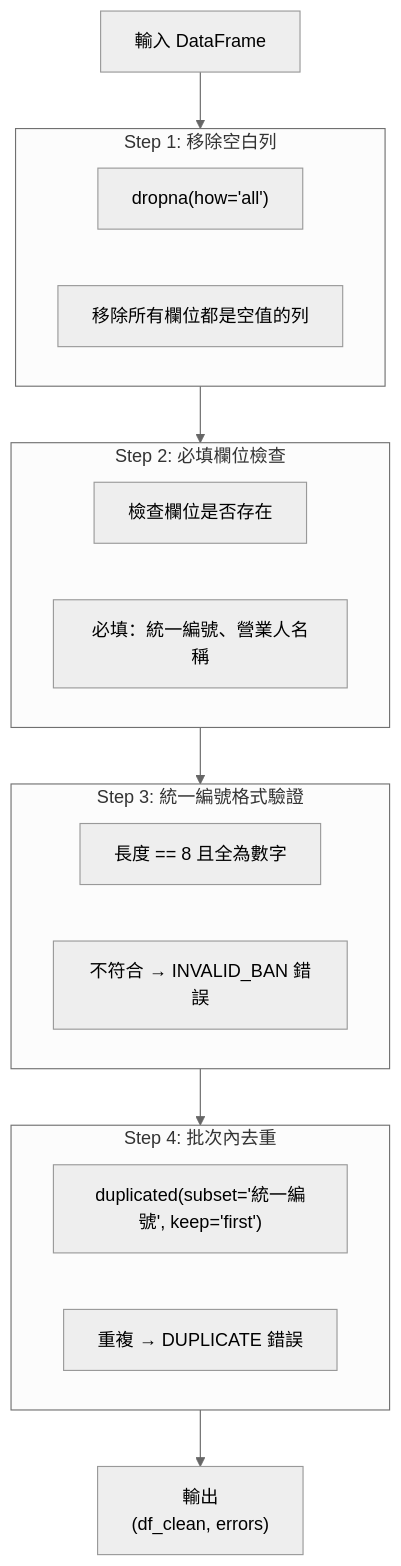
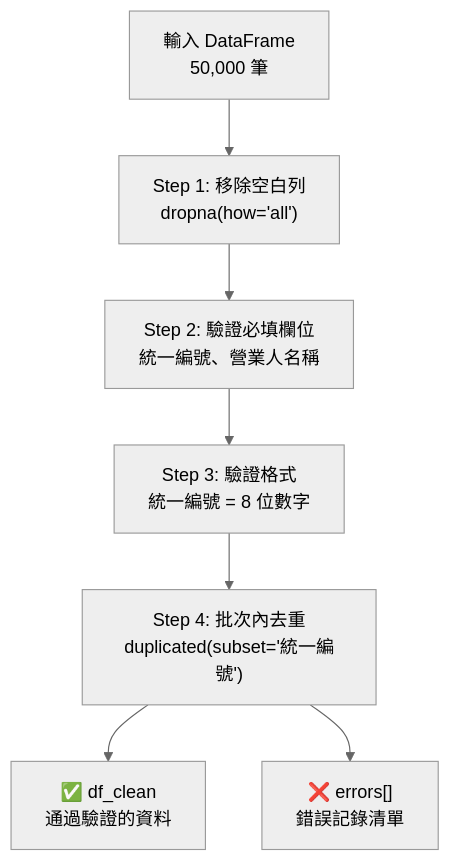
Before and after one commit to wrbyepct/assignment: the fifth of 12 diagrams in README.md, drawn with Mermaid (neutral theme). The commit also changed other lines of this file and 3 other files, not shown here.

````diff
--- a/README.md
+++ b/README.md
@@ -1594,34 +657,17 @@
 ```mermaid
 flowchart TB
-    INPUT[輸入 DataFrame] --> STEP1
+    INPUT["輸入 DataFrame<br/>50,000 筆"]
     
-    subgraph STEP1["Step 1: 移除空白列"]
-        S1["dropna(how='all')"]
-        S1_DESC["移除所有欄位都是空值的列"]
-    end
+    STEP1["Step 1: 移除空白列<br/>dropna(how='all')"]
+    STEP2["Step 2: 驗證必填欄位<br/>統一編號、營業人名稱"]
+    STEP3["Step 3: 驗證格式<br/>統一編號 = 8 位數字"]
+    STEP4["Step 4: 批次內去重<br/>duplicated(subset='統一編號')"]
     
-    STEP1 --> STEP2
+    OUTPUT_CLEAN["✅ df_clean<br/>通過驗證的資料"]
+    OUTPUT_ERR["❌ errors[]<br/>錯誤記錄清單"]
     
-    subgraph STEP2["Step 2: 必填欄位檢查"]
-        S2["檢查欄位是否存在"]
-        S2_DESC["必填：統一編號、營業人名稱"]
-    end
+    INPUT --> STEP1 --> STEP2 --> STEP3 --> STEP4
+    STEP4 --> OUTPUT_CLEAN
+    STEP4 --> OUTPUT_ERR
     
-    STEP2 --> STEP3
-    
-    subgraph STEP3["Step 3: 統一編號格式驗證"]
-        S3["長度 == 8 且全為數字"]
-        S3_ERR["不符合 → INVALID_BAN 錯誤"]
-    end
-    
-    STEP3 --> STEP4
-    
-    subgraph STEP4["Step 4: 批次內去重"]
-        S4["duplicated(subset='統一編號', keep='first')"]
-        S4_ERR["重複 → DUPLICATE 錯誤"]
-    end
-    
-    STEP4 --> OUTPUT
-    
-    OUTPUT["輸出<br/>(df_clean, errors)"]
 ```
````
